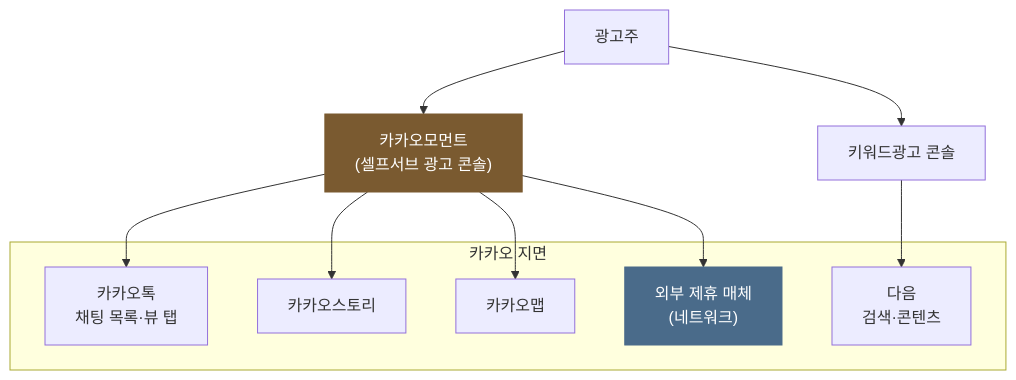
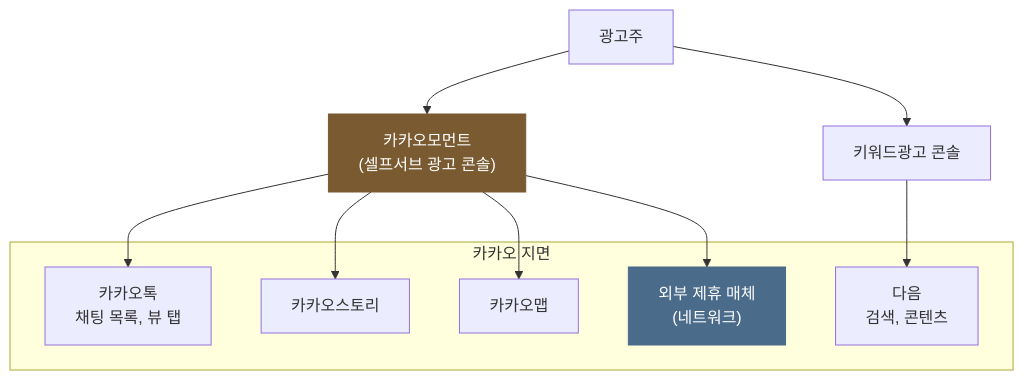
The first of 2 diagrams in posts/kakao-ads-products.md (chkimsu/adtech-blog), drawn with Mermaid before and after one commit. The commit also changed other lines of this file and 26 other files, not shown here.

````diff
--- a/posts/kakao-ads-products.md
+++ b/posts/kakao-ads-products.md
@@ -25,22 +25,22 @@
 ```mermaid
 graph TB
     ADV["광고주"] --> MOMENT["카카오모먼트<br/>(셀프서브 광고 콘솔)"]
     ADV --> KW["키워드광고 콘솔"]
 
     subgraph INV["카카오 지면"]
-        TALK["카카오톡<br/>채팅 목록·뷰 탭"]
-        DAUM["다음<br/>검색·콘텐츠"]
+        TALK["카카오톡<br/>채팅 목록, 뷰 탭"]
+        DAUM["다음<br/>검색, 콘텐츠"]
         STORY["카카오스토리"]
         MAP["카카오맵"]
         NET["외부 제휴 매체<br/>(네트워크)"]
     end
 
     MOMENT --> TALK
     MOMENT --> STORY
     MOMENT --> MAP
     MOMENT --> NET
     KW --> DAUM
 
     style MOMENT fill:#7a5a30,stroke:#7a5a30,color:#fff
     style NET fill:#4a6b8a,stroke:#4a6b8a,color:#fff
 ```
````
